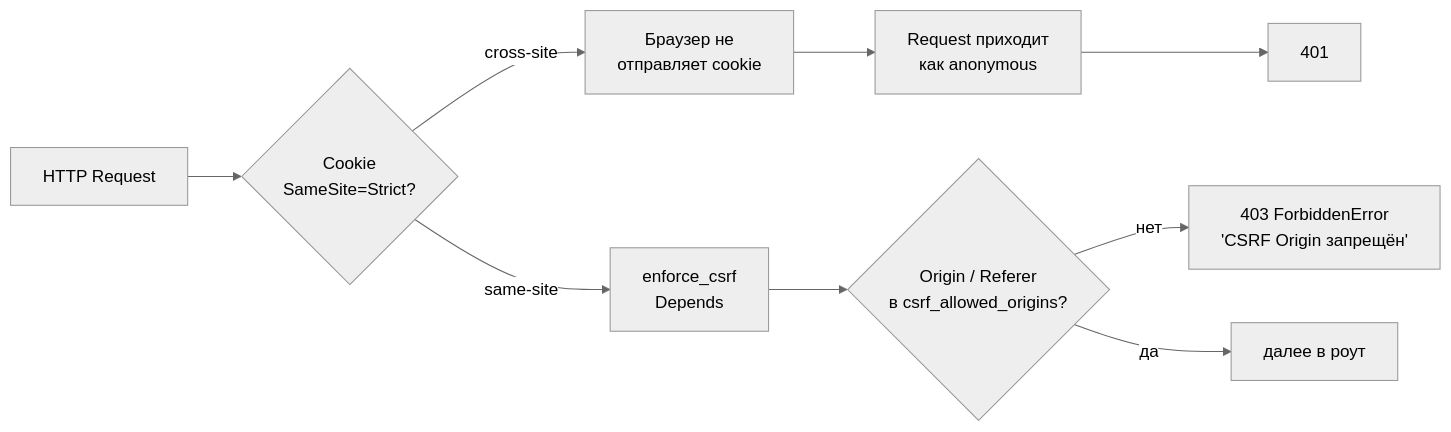
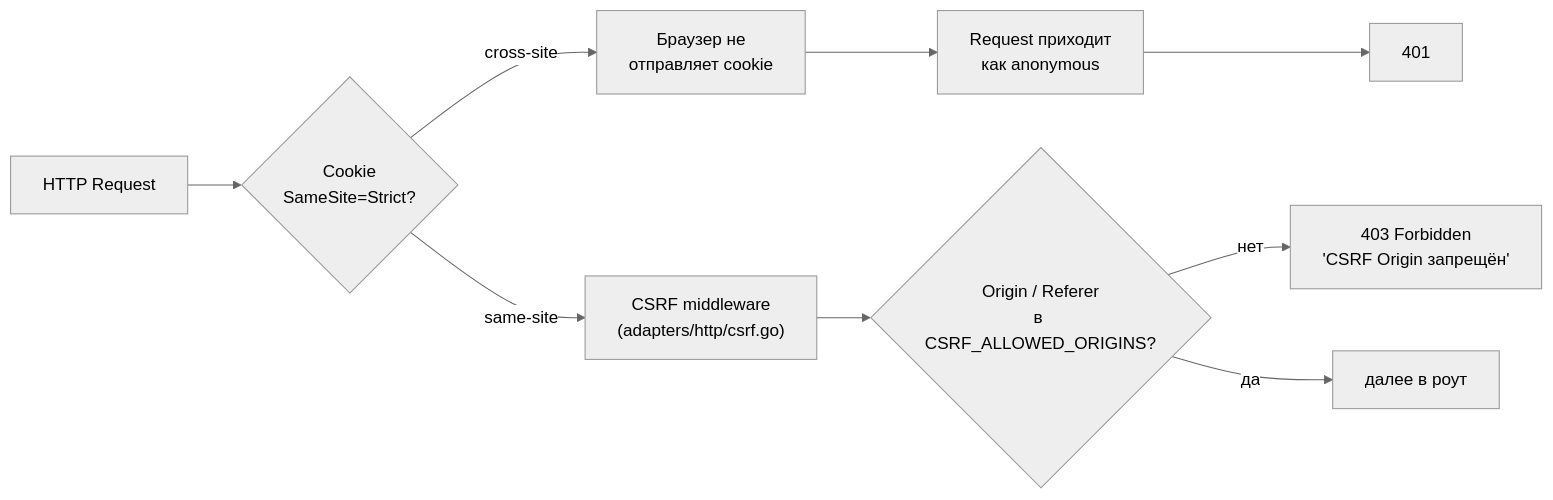
The sixth of 20 diagrams in docs/ARCH_DIAGRAMS.md (nkolomiika/FROST), drawn with Mermaid (neutral theme) before and after one commit. The commit also changed other lines of this file and 11 other files, not shown here.

````diff
--- a/docs/ARCH_DIAGRAMS.md
+++ b/docs/ARCH_DIAGRAMS.md
@@ -225,12 +220,12 @@
 ```mermaid
 flowchart LR
     Req["HTTP Request"] --> CookieFlag{"Cookie<br/>SameSite=Strict?"}
     CookieFlag -->|cross-site| BrowserStrip["Браузер не<br/>отправляет cookie"]
     BrowserStrip --> Anon["Request приходит<br/>как anonymous"]
     Anon --> Deny401["401"]
 
-    CookieFlag -->|same-site| EnforceCSRF["enforce_csrf<br/>Depends"]
-    EnforceCSRF --> Origin{"Origin / Referer<br/>в csrf_allowed_origins?"}
-    Origin -->|нет| Deny403["403 ForbiddenError<br/>'CSRF Origin запрещён'"]
+    CookieFlag -->|same-site| EnforceCSRF["CSRF middleware<br/>(adapters/http/csrf.go)"]
+    EnforceCSRF --> Origin{"Origin / Referer<br/>в CSRF_ALLOWED_ORIGINS?"}
+    Origin -->|нет| Deny403["403 Forbidden<br/>'CSRF Origin запрещён'"]
     Origin -->|да| Pass["далее в роут"]
 ```
````
